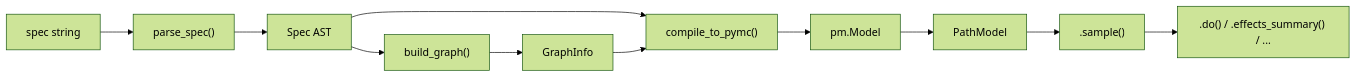
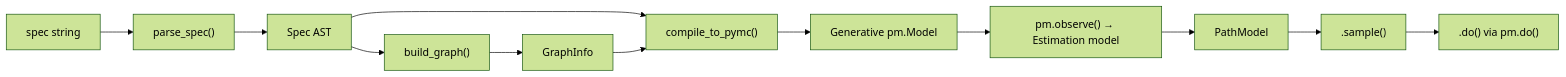
The first of 2 diagrams in docs/how-it-works.qmd (pymc-labs/pathmc), drawn with Mermaid (forest theme) before and after one commit. The commit also changed other lines of this file and 13 other files, not shown here.

First line of the commit message:
Generative model architecture with pm.do() for causal interventions

````diff
--- a/docs/how-it-works.qmd
+++ b/docs/how-it-works.qmd
@@ -10,13 +10,14 @@
 ```{mermaid}
 flowchart LR
     A["spec string"] --> B["parse_spec()"]
     B --> C["Spec AST"]
     C --> D["build_graph()"]
     D --> E["GraphInfo"]
     C --> F["compile_to_pymc()"]
     E --> F
-    F --> G["pm.Model"]
-    G --> H["PathModel"]
-    H --> I[".sample()"]
-    I --> J[".do() / .effects_summary() / ..."]
+    F --> G["Generative pm.Model"]
+    G --> H["pm.observe() → Estimation model"]
+    H --> I["PathModel"]
+    I --> J[".sample()"]
+    J --> K[".do() via pm.do()"]
 ```
````
